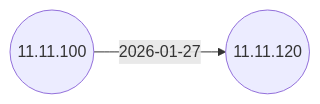
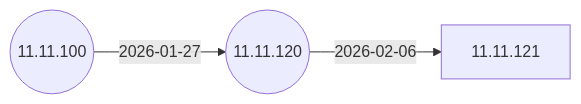
One commit to IGEL-Community/IGEL-Docs-v02 changed the second of 7 diagrams in docs/Docs/ReleaseNotes/01-OS11/README.md. Above: the diagram before and after it, drawn with Mermaid. The commit also changed 2 other files, not shown here.

Commit message:
11.11.121 from 11.11.120 11.11.121 from 11.11.120

````diff
--- a/docs/Docs/ReleaseNotes/01-OS11/README.md
+++ b/docs/Docs/ReleaseNotes/01-OS11/README.md
@@ -42,7 +42,9 @@
 ```mermaid
 flowchart LR
+    11.11.120-- 2026-02-06 -->11.11.121
     11.11.100-- 2026-01-27 -->11.11.120((11.11.120))
     11.11.100((11.11.100))
+    click 11.11.121 "https://github.com/IGEL-Community/IGEL-Docs-v02/tree/main/docs/Docs/ReleaseNotes/01-OS11/readme11.11.121.txt" _blank
     click 11.11.120 "https://github.com/IGEL-Community/IGEL-Docs-v02/tree/main/docs/Docs/ReleaseNotes/01-OS11/readme11.11.120.txt" _blank
     click 11.11.100 "https://github.com/IGEL-Community/IGEL-Docs-v02/tree/main/docs/Docs/ReleaseNotes/01-OS11/readme11.11.100.txt" _blank
 ```
````
